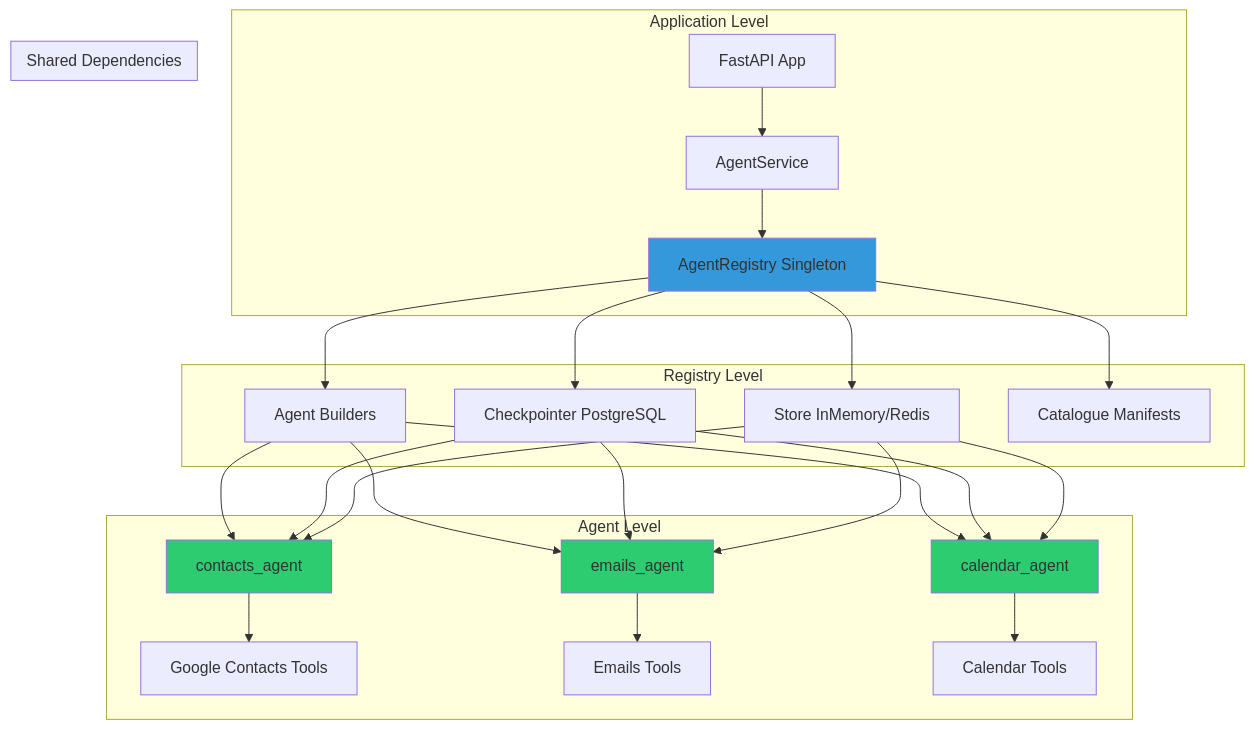
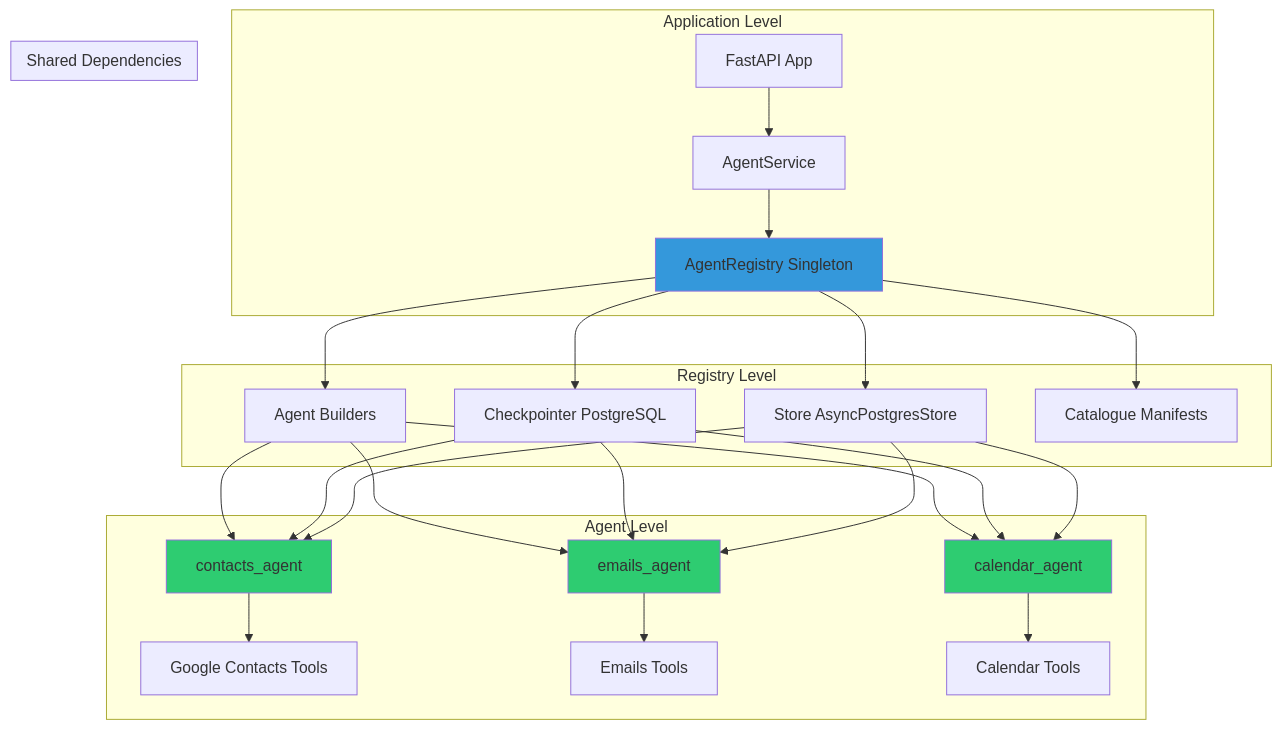
The first of 6 diagrams in docs/technical/AGENTS.md (jgouviergmail/LIA-Assistant), drawn with Mermaid before and after one commit. The commit also changed 123 other files, not shown here.

````diff
--- a/docs/technical/AGENTS.md
+++ b/docs/technical/AGENTS.md
@@ -45,37 +45,37 @@
 ```mermaid
 graph TB
     subgraph "Application Level"
         A[FastAPI App] --> B[AgentService]
         B --> C[AgentRegistry Singleton]
     end
 
     subgraph "Registry Level"
         C --> D[Checkpointer PostgreSQL]
-        C --> E[Store InMemory/Redis]
+        C --> E[Store AsyncPostgresStore]
         C --> F[Agent Builders]
         C --> G[Catalogue Manifests]
     end
 
     subgraph "Agent Level"
         F --> H[contacts_agent]
         F --> I[emails_agent]
         F --> J[calendar_agent]
         H --> K[Google Contacts Tools]
         I --> L[Emails Tools]
         J --> M[Calendar Tools]
     end
 
     subgraph "Shared Dependencies"
         D --> H
         D --> I
         D --> J
         E --> H
         E --> I
         E --> J
     end
 
     style C fill:#3498db
     style H fill:#2ecc71
     style I fill:#2ecc71
     style J fill:#2ecc71
 ```
````
